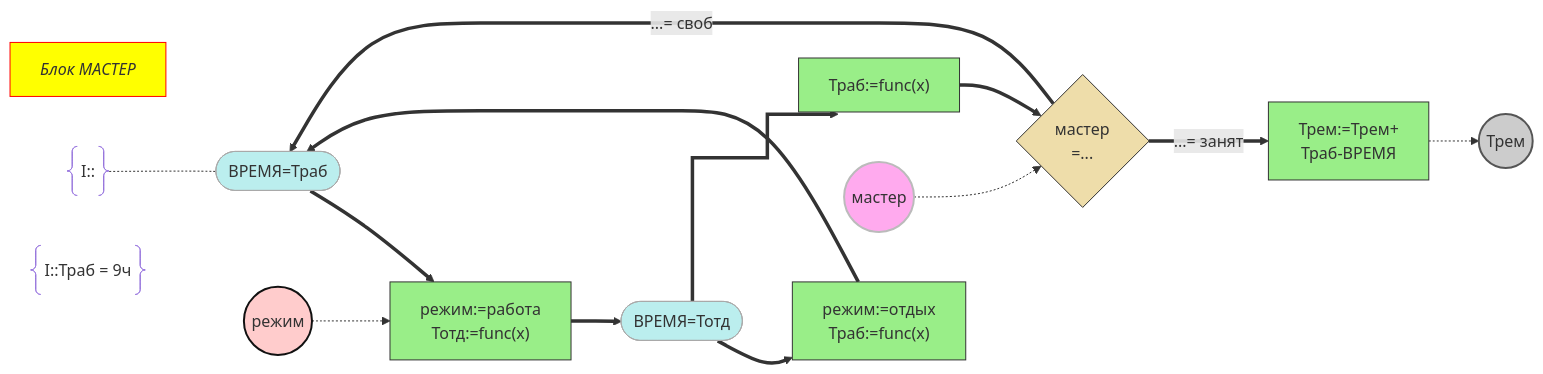
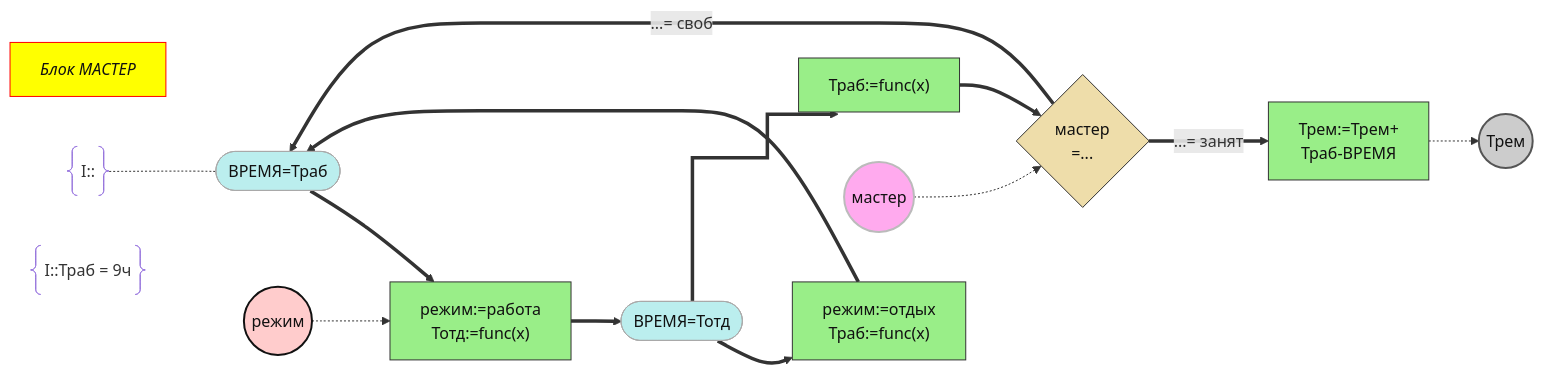
The second of 3 diagrams in ReadME.md (homemadelobotomy/DPLC), drawn with Mermaid before and after one commit. The commit also changed other lines of this file, not shown here.

````diff
--- a/ReadME.md
+++ b/ReadME.md
@@ -50,36 +52,36 @@
 ```mermaid
 flowchart LR
   title2[<em>Блок МАСТЕР</em>]
   h11(["ВРЕМЯ=Траб"]) ==> h12["режим:=работа<br>Тотд:=func(x)"]
   h12 ==> h13(["ВРЕМЯ=Тотд"])
   h13 ==> h14["режим:=отдых<br>Траб:=func(x)"]
   h14 ==> h11
 
   h13 e30@==> h17["Траб:=func(x)"]
   h17 ==> h15{"мастер<br>=..."}
   h15 ==>|"...= занят"| h16["Трем:=Трем+<br>Траб-ВРЕМЯ"]
   h15 ==>|"...= своб"| h11
 
   h16 -.->par4b((Трем))
   par2b((мастер))-.->h15
   par1b((режим))-.->h12
 
   Ini2@{shape: braces, label: "I::"} -.- h11
   HTf2@{shape: braces, label: "I::Траб = 9ч"}
 
   e30@{ curve: stepBefore}
 
-  classDef cond fill:#bee,stroke:#aaa,stroke-width:1px;
-  classDef state fill:#9e8,stroke:#333,stroke-width:1px;
-  classDef navig fill:#eda,stroke:#333,stroke-width:1px;
+  classDef cond fill:#bee,stroke:#aaa,stroke-width:1px,color:#111;
+  classDef state fill:#9e8,stroke:#333,stroke-width:1px,color:#111;
+  classDef navig fill:#eda,stroke:#333,stroke-width:1px,color:#111;
   class h12,h14,h16,h17 state;
   class h11,h13 cond;
   class h15 navig;
-  style title2 fill:yellow,stroke:red;
-  style par1b fill:#fcc,stroke:#111,stroke-width:2px;
-  style par2b fill:#fae,stroke:#bbb,stroke-width:2px;
-  style par4b fill:#ccc,stroke:#555,stroke-width:2px;
+  style title2 fill:yellow,stroke:red,color:#111;
+  style par1b fill:#fcc,stroke:#111,stroke-width:2px,color:#111;
+  style par2b fill:#fae,stroke:#bbb,stroke-width:2px,color:#111;
+  style par4b fill:#ccc,stroke:#555,stroke-width:2px,color:#111;
 
   click par2b href "https://iu5.bmstu.ru" "переход для Мастера" _blank
   click par4b href "https://iu5.bmstu.ru" "параметр Трем" _blank
 ```
````
